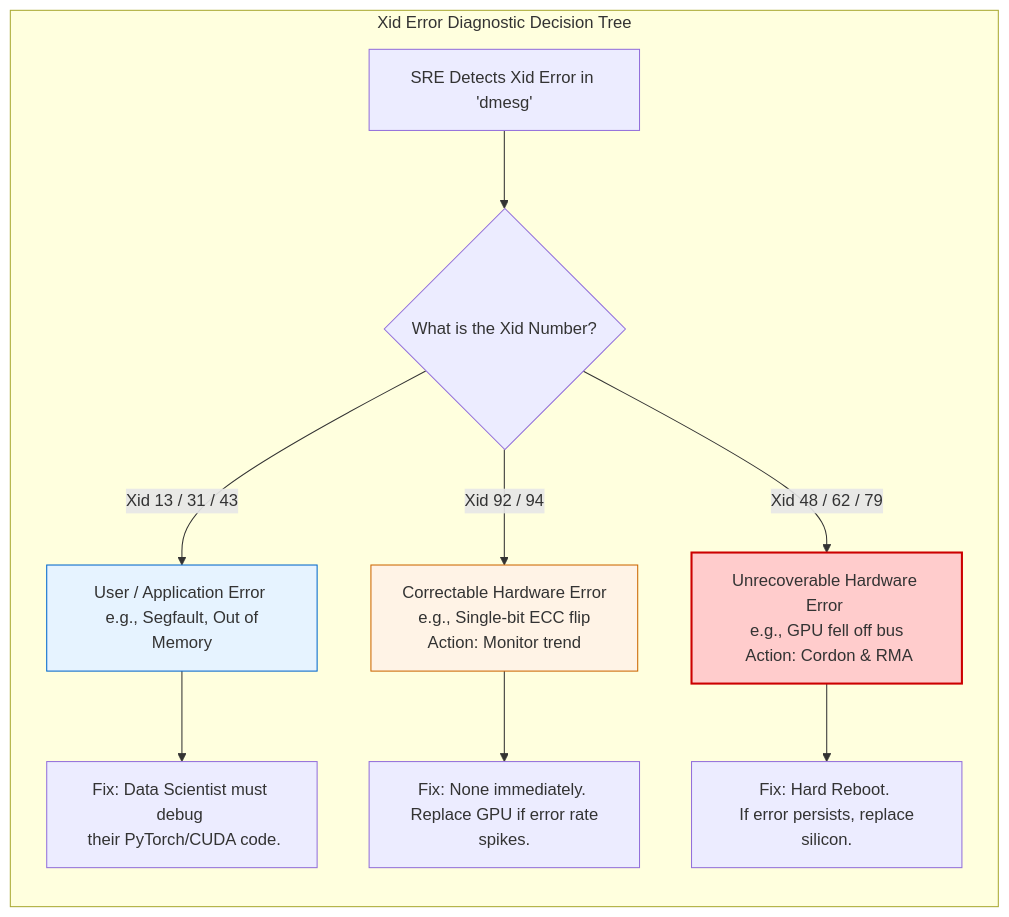
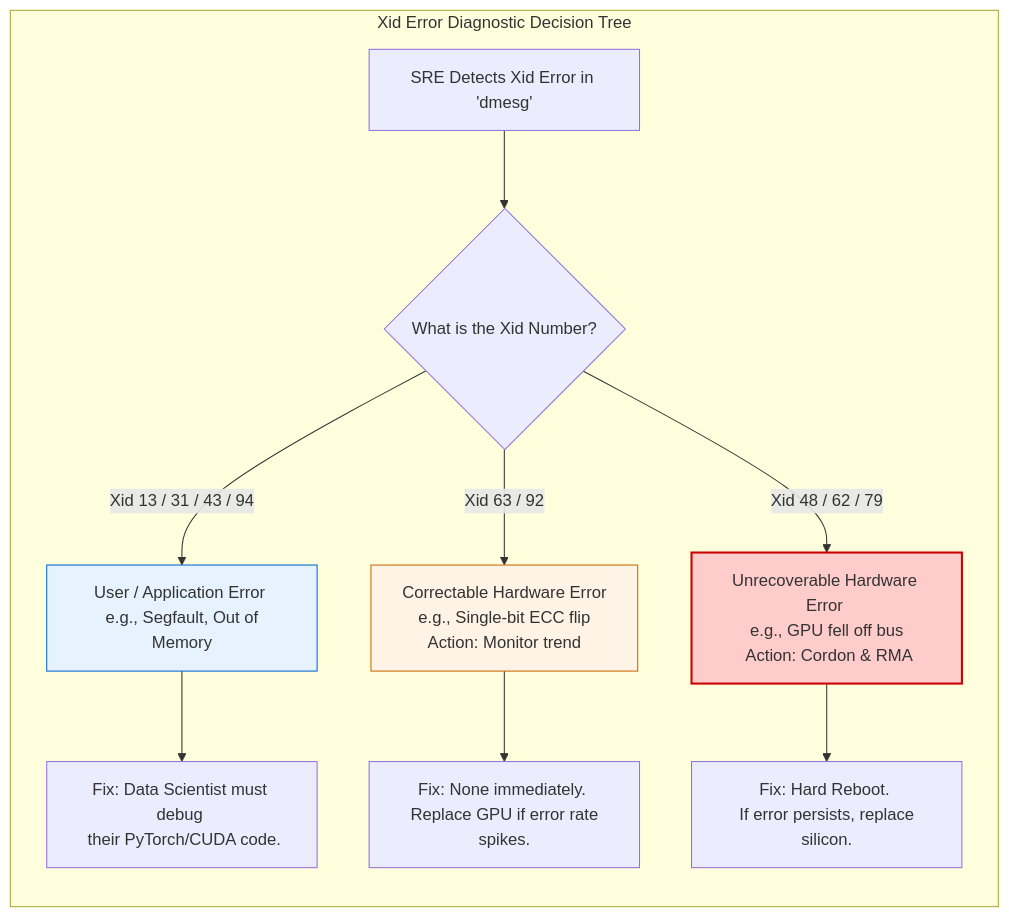
One commit to jithinpnjm/nvidia-devops changed the second of 2 diagrams in docs/nvidia-zero-to-hero/volume-20/chapter-02-gpu-driver-crash-and-xid-errors.md. Above: the diagram before and after it, drawn with Mermaid. The commit also changed other lines of this file and 289 other files, not shown here.

````diff
--- a/docs/nvidia-zero-to-hero/volume-20/chapter-02-gpu-driver-crash-and-xid-errors.md
+++ b/docs/nvidia-zero-to-hero/volume-20/chapter-02-gpu-driver-crash-and-xid-errors.md
@@ -341,20 +341,20 @@
 ```mermaid
 flowchart TD
     subgraph The_Xid_Triage_Tree["Xid Error Diagnostic Decision Tree"]
         direction TB
         
         Log[SRE Detects Xid Error in 'dmesg'] --> Triage{What is the Xid Number?}
         
-        Triage -->|Xid 13 / 31 / 43| User[User / Application Error <br/> e.g., Segfault, Out of Memory]
-        Triage -->|Xid 92 / 94| Warn[Correctable Hardware Error <br/> e.g., Single-bit ECC flip <br/> Action: Monitor trend]
+        Triage -->|Xid 13 / 31 / 43 / 94| User[User / Application Error <br/> e.g., Segfault, Out of Memory]
+        Triage -->|Xid 63 / 92| Warn[Correctable Hardware Error <br/> e.g., Single-bit ECC flip <br/> Action: Monitor trend]
         Triage -->|Xid 48 / 62 / 79| Dead[Unrecoverable Hardware Error <br/> e.g., GPU fell off bus <br/> Action: Cordon & RMA]
         
         User --> Fix1[Fix: Data Scientist must debug <br/> their PyTorch/CUDA code.]
         Warn --> Fix2[Fix: None immediately. <br/> Replace GPU if error rate spikes.]
         Dead --> Fix3[Fix: Hard Reboot. <br/> If error persists, replace silicon.]
     end
     
     style User fill:#e6f3ff,stroke:#0066cc
     style Warn fill:#fff3e6,stroke:#cc6600
     style Dead fill:#ffcccc,stroke:#cc0000,stroke-width:2px
 ```
````
